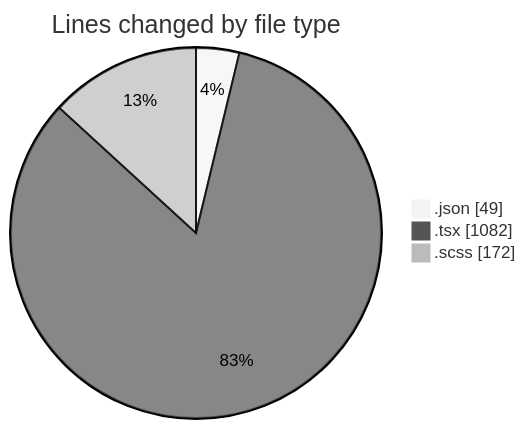
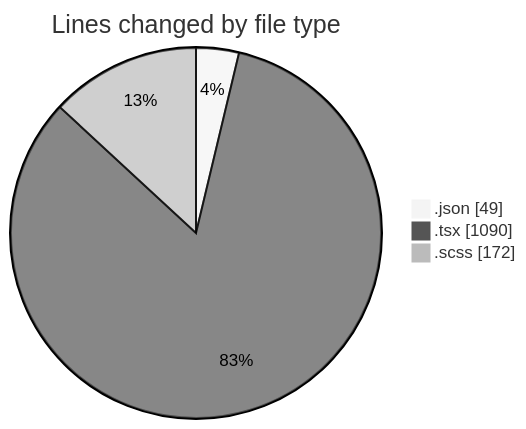
Before and after one commit to momahboobian/code-tracking: the first of 2 diagrams in 2025-08-20/cda/README.md, drawn with Mermaid (neutral theme). The commit also changed other lines of this file and 1 other file, not shown here.

````diff
--- a/2025-08-20/cda/README.md
+++ b/2025-08-20/cda/README.md
@@ -25,7 +25,7 @@
 ```mermaid
 pie showData
 title Lines changed by file type
 ".json" : 49
-".tsx" : 1082
+".tsx" : 1090
 ".scss" : 172
 ```
````
